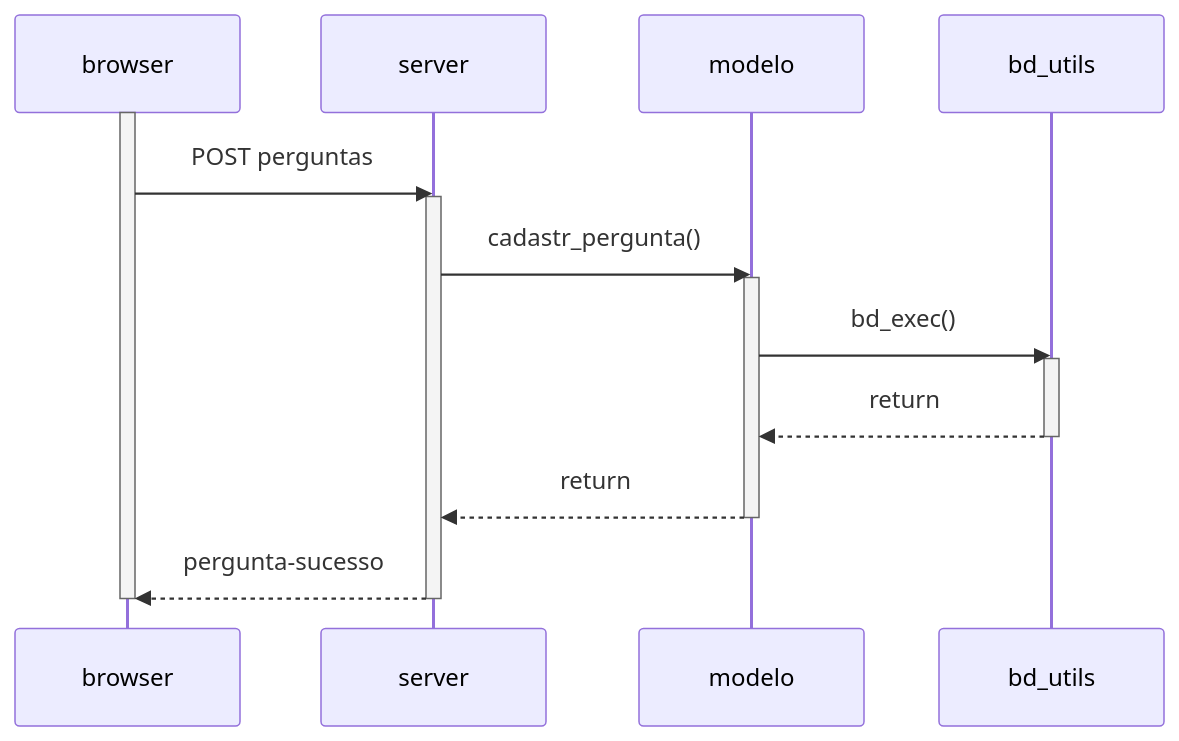
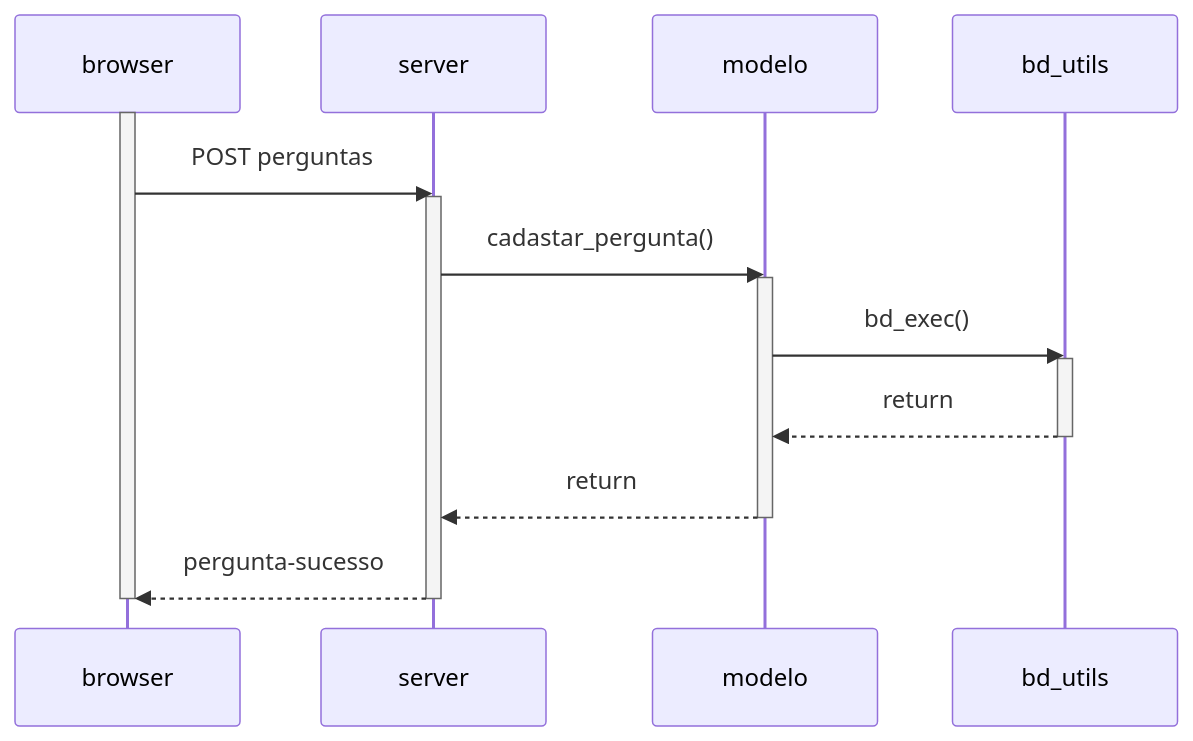
The second of 2 diagrams in docs/uml.md (mtov/esmforum), drawn with Mermaid before and after one commit.

````diff
--- a/docs/uml.md
+++ b/docs/uml.md
@@ -25,17 +25,17 @@
 ```mermaid
     sequenceDiagram
         activate browser
 	browser->>server: POST perguntas 
         activate server
-        server->>modelo: cadastr_pergunta()
+        server->>modelo: cadastar_pergunta()
         activate modelo
         modelo->>bd_utils: bd_exec()
         activate bd_utils
         bd_utils-->>modelo: return
         deactivate bd_utils
         modelo-->>server: return
         deactivate modelo
 	server-->>browser: pergunta-sucesso
 	deactivate server
 	deactivate browser
 ```	
````
